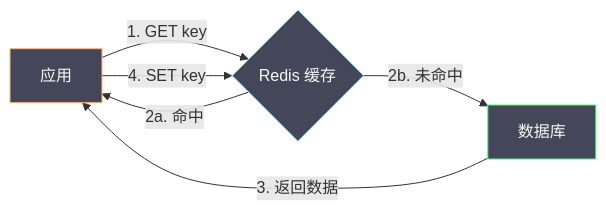
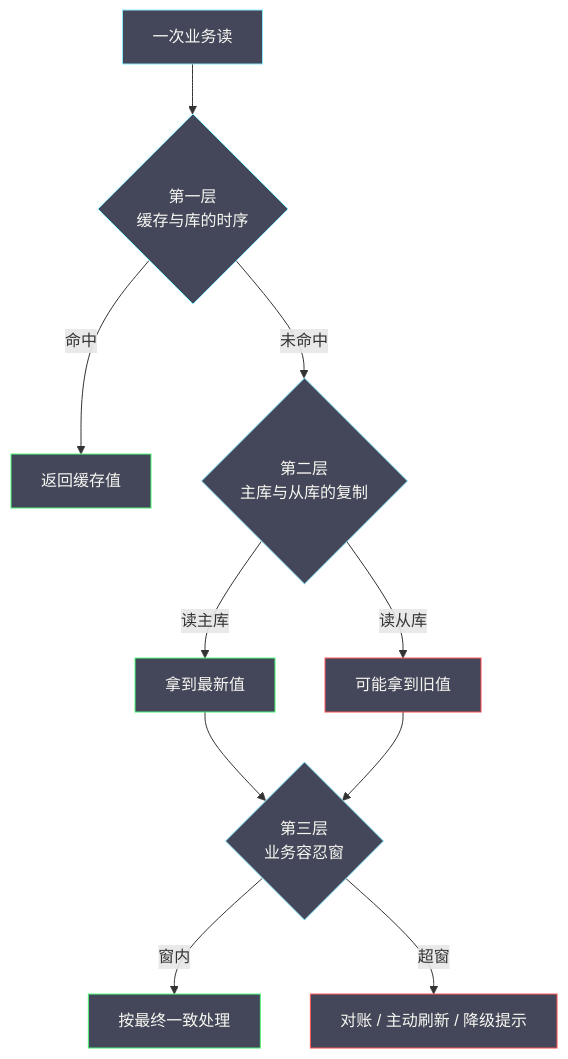
The first of 7 diagrams in content/中间件/Redis/Redis进阶教程/04 缓存设计模式与一致性问题.md (hpliStartAgain/my-brain), drawn with Mermaid before and after one commit. The commit also changed other lines of this file and 455 other files, not shown here.

````diff
--- a/content/中间件/Redis/Redis进阶教程/04 缓存设计模式与一致性问题.md
+++ b/content/中间件/Redis/Redis进阶教程/04 缓存设计模式与一致性问题.md
@@ -43,17 +35,20 @@
 ```mermaid
 %%{init: {'theme': 'dracula'}}%%
-graph LR
-    APP["应用"] -->|"1. GET key"| CACHE{"Redis 缓存"}
-    CACHE -->|"2a. 命中"| APP
-    CACHE -->|"2b. 未命中"| DB["数据库"]
-    DB -->|"3. 返回数据"| APP
-    APP -->|"4. SET key"| CACHE
+graph TD
+    REQ["一次业务读"] --> L1{"第一层<br/>缓存与库的时序"}
+    L1 -->|"命中"| RET["返回缓存值"]
+    L1 -->|"未命中"| L2{"第二层<br/>主库与从库的复制"}
+    L2 -->|"读主库"| FRESH["拿到最新值"]
+    L2 -->|"读从库"| STALE["可能拿到旧值"]
+    FRESH --> L3{"第三层<br/>业务容忍窗"}
+    STALE --> L3
+    L3 -->|"窗内"| OK["按最终一致处理"]
+    L3 -->|"超窗"| FIX["对账 / 主动刷新 / 降级提示"]
 
-    classDef app fill:#44475a,stroke:#ffb86c,color:#f8f8f2
-    classDef cache fill:#44475a,stroke:#8be9fd,color:#f8f8f2
-    classDef db fill:#44475a,stroke:#50fa7b,color:#f8f8f2
-
-    class APP app
-    class CACHE cache
-    class DB db
+    classDef q fill:#44475a,stroke:#8be9fd,color:#f8f8f2
+    classDef ok fill:#44475a,stroke:#50fa7b,color:#f8f8f2
+    classDef risk fill:#44475a,stroke:#ff5555,color:#f8f8f2
+    class REQ,L1,L2,L3 q
+    class RET,FRESH,OK ok
+    class STALE,FIX risk
 ```
````
